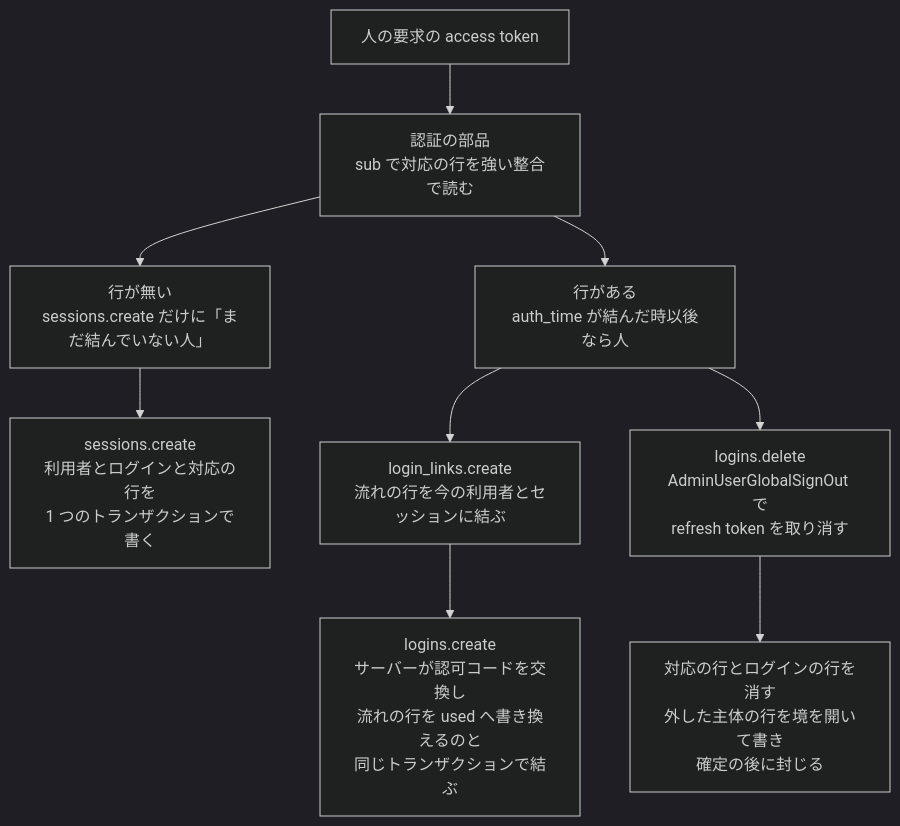
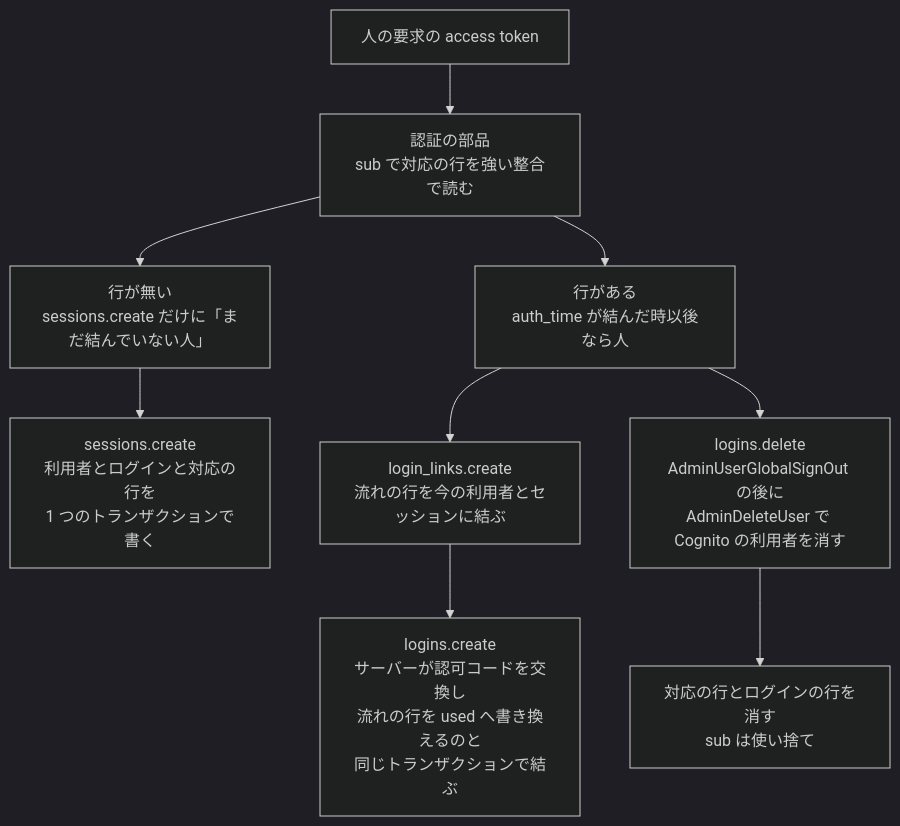
Before and after one commit to devbasex/nd-factory: the second of 2 diagrams in issues/issue-2-design-auth.md, drawn with Mermaid (dark theme). The commit also changed other lines of this file and 5 other files, not shown here.

First line of the commit message:
Revert: cross-review の 6 つの直し（fdcf7ef〜de8a621）を戻す。外した主体の行（UNBOUND・unbound_at）・時計のずれの許容と確定の窓・recently_unbound の待ち・AdminDeleteUser をやめる直しは、利用者の差し戻しの方針（失効の境と待ちを取り除き、AdminDeleteUser で消して sub を使い捨てにする）に反するため（#2）

````diff
--- a/issues/issue-2-design-auth.md
+++ b/issues/issue-2-design-auth.md
@@ -46,11 +45,11 @@
 ```mermaid
 graph TD
   tok["人の要求の access token"] --> auth["認証の部品<br/>sub で対応の行を強い整合で読む"]
   auth --> bound["行がある<br/>auth_time が結んだ時以後なら人"]
   auth --> fresh["行が無い<br/>sessions.create だけに「まだ結んでいない人」"]
   fresh --> sc["sessions.create<br/>利用者とログインと対応の行を<br/>1 つのトランザクションで書く"]
   bound --> ll["login_links.create<br/>流れの行を今の利用者とセッションに結ぶ"]
   ll --> lc["logins.create<br/>サーバーが認可コードを交換し<br/>流れの行を used へ書き換えるのと<br/>同じトランザクションで結ぶ"]
-  bound --> ld["logins.delete<br/>AdminUserGlobalSignOut で<br/>refresh token を取り消す"]
-  ld --> rm["対応の行とログインの行を消す<br/>外した主体の行を境を開いて書き<br/>確定の後に封じる"]
+  bound --> ld["logins.delete<br/>AdminUserGlobalSignOut の後に<br/>AdminDeleteUser で Cognito の利用者を消す"]
+  ld --> rm["対応の行とログインの行を消す<br/>sub は使い捨て"]
 ```
````
